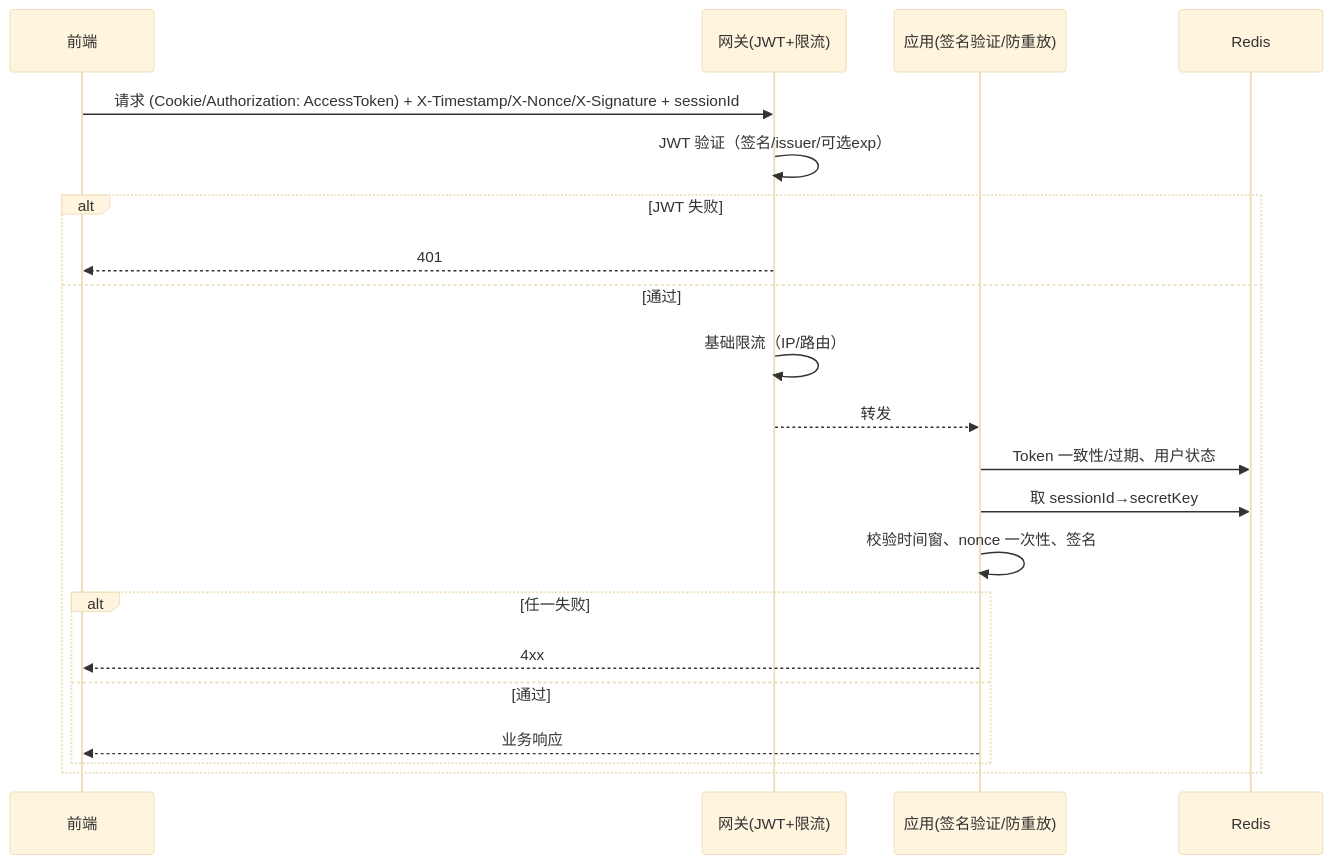
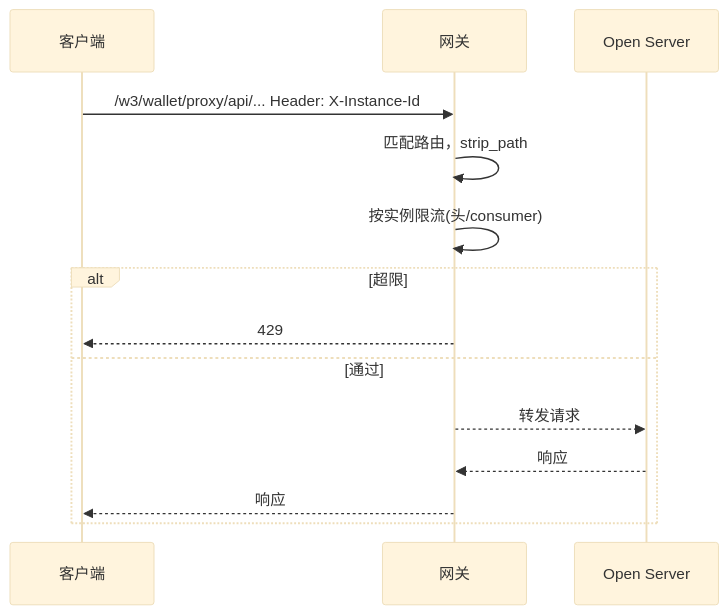
The diagram in all/未命名-4.md (yingjianzh/iodraw-files), drawn with Mermaid (base theme) before and after one commit.

Commit message:
2025-10-16 14:23:03 update

````diff
--- a/all/未命名-4.md
+++ b/all/未命名-4.md
@@ -1,24 +1,17 @@
 ```mermaid
 sequenceDiagram
-    participant FE as 前端
-    participant Kong as 网关(JWT+限流)
-    participant App as 应用(签名验证/防重放)
-    participant Redis as Redis
+    participant Client as 客户端
+    participant Kong as 网关
+    participant Open as Open Server
 
-    FE->>Kong: 请求 (Cookie/Authorization: AccessToken) + X-Timestamp/X-Nonce/X-Signature + sessionId
-    Kong->>Kong: JWT 验证（签名/issuer/可选exp）
-    alt JWT 失败
-      Kong-->>FE: 401
+    Client->>Kong: /w3/wallet/proxy/api/...  Header: X-Instance-Id
+    Kong->>Kong: 匹配路由，strip_path
+    Kong->>Kong: 按实例限流(头/consumer)
+    alt 超限
+      Kong-->>Client: 429
     else 通过
-      Kong->>Kong: 基础限流（IP/路由）
-      Kong-->>App: 转发
-      App->>Redis: Token 一致性/过期、用户状态
-      App->>Redis: 取 sessionId→secretKey
-      App->>App: 校验时间窗、nonce 一次性、签名
-      alt 任一失败
-        App-->>FE: 4xx
-      else 通过
-        App-->>FE: 业务响应
-      end
+      Kong-->>Open: 转发请求
+      Open-->>Kong: 响应
+      Kong-->>Client: 响应
     end
 ```
````
